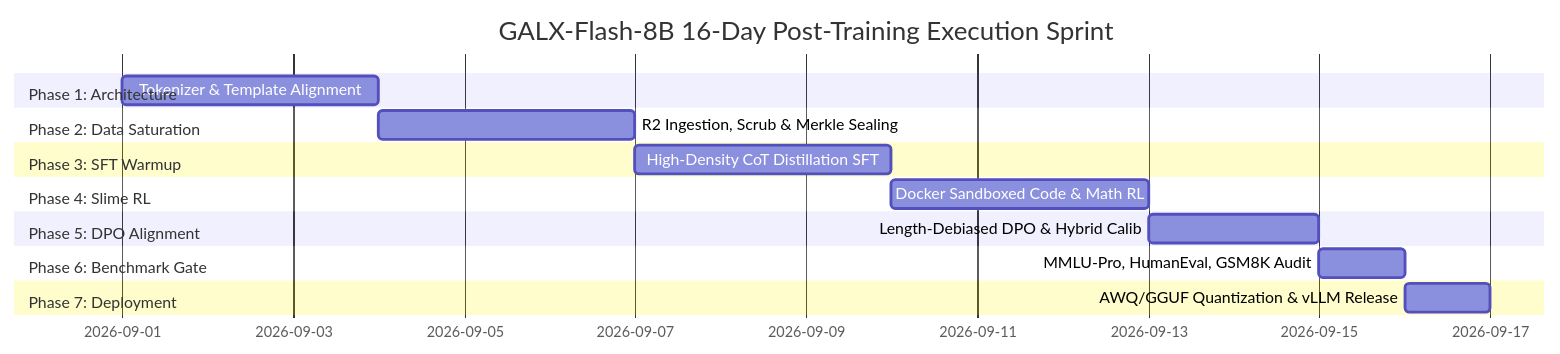
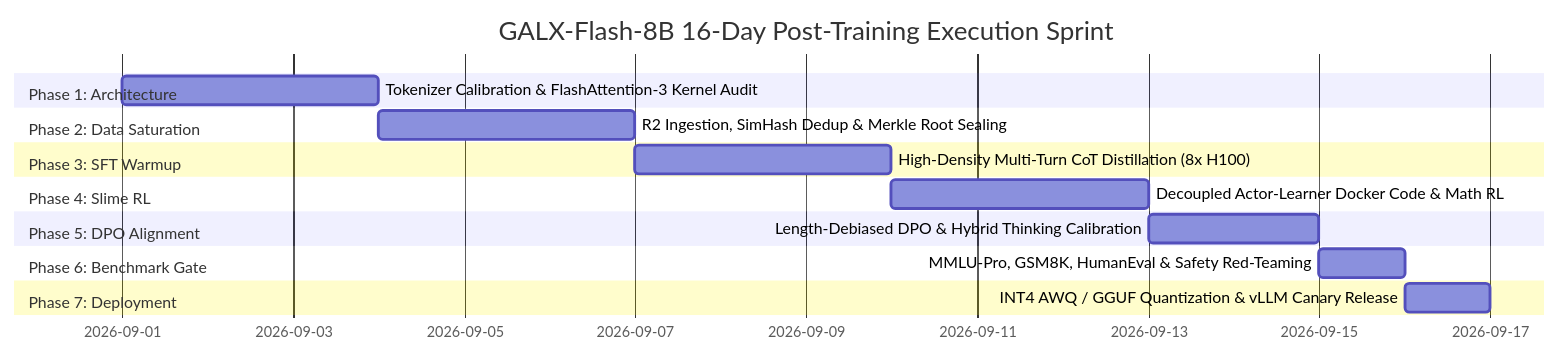
One commit to CardSorting/GALXAI changed the first of 2 diagrams in docs/training/02_TIMEFRAME_AND_SPRINT_MILESTONES.md. Above: the diagram before and after it, drawn with Mermaid. The commit also changed other lines of this file and 6 other files, not shown here.

````diff
--- a/docs/training/02_TIMEFRAME_AND_SPRINT_MILESTONES.md
+++ b/docs/training/02_TIMEFRAME_AND_SPRINT_MILESTONES.md
@@ -10,19 +10,19 @@
 ```mermaid
 gantt
     title GALX-Flash-8B 16-Day Post-Training Execution Sprint
     dateFormat  YYYY-MM-DD
     section Phase 1: Architecture
-    Tokenizer & Template Alignment       :p1, 2026-09-01, 3d
+    Tokenizer Calibration & FlashAttention-3 Kernel Audit :p1, 2026-09-01, 3d
     section Phase 2: Data Saturation
-    R2 Ingestion, Scrub & Merkle Sealing :p2, 2026-09-04, 3d
+    R2 Ingestion, SimHash Dedup & Merkle Root Sealing     :p2, 2026-09-04, 3d
     section Phase 3: SFT Warmup
-    High-Density CoT Distillation SFT   :p3, 2026-09-07, 3d
+    High-Density Multi-Turn CoT Distillation (8x H100)    :p3, 2026-09-07, 3d
     section Phase 4: Slime RL
-    Docker Sandboxed Code & Math RL     :p4, 2026-09-10, 3d
+    Decoupled Actor-Learner Docker Code & Math RL        :p4, 2026-09-10, 3d
     section Phase 5: DPO Alignment
-    Length-Debiased DPO & Hybrid Calib   :p5, 2026-09-13, 2d
+    Length-Debiased DPO & Hybrid Thinking Calibration    :p5, 2026-09-13, 2d
     section Phase 6: Benchmark Gate
-    MMLU-Pro, HumanEval, GSM8K Audit   :p6, 2026-09-15, 1d
+    MMLU-Pro, GSM8K, HumanEval & Safety Red-Teaming      :p6, 2026-09-15, 1d
     section Phase 7: Deployment
-    AWQ/GGUF Quantization & vLLM Release:p7, 2026-09-16, 1d
+    INT4 AWQ / GGUF Quantization & vLLM Canary Release   :p7, 2026-09-16, 1d
 ```
````
